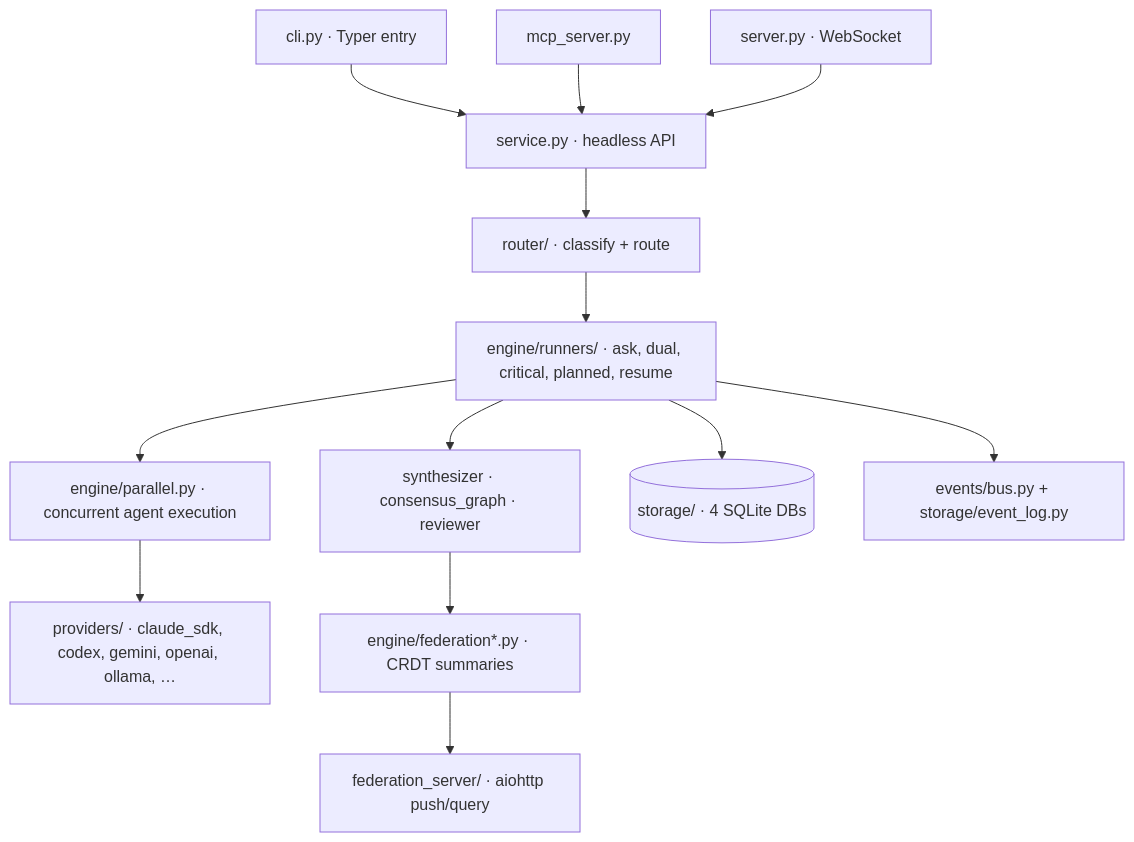
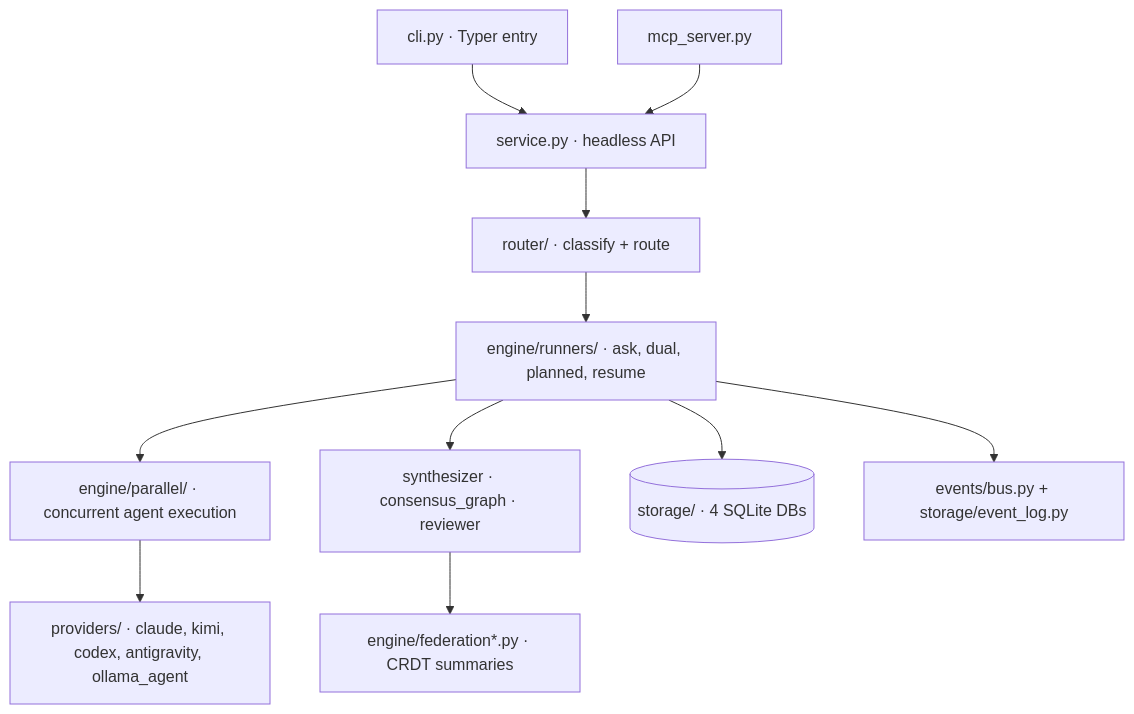
One commit to BeratCanDindarr/OrchestraSystem changed the diagram in docs/architecture.md. Above: the diagram before and after it, drawn with Mermaid. The commit also changed other lines of this file and 1 other file, not shown here.

Commit message:
docs: README and architecture describe the slimmed system

````diff
--- a/docs/architecture.md
+++ b/docs/architecture.md
@@ -16,15 +18,13 @@
 ```mermaid
 graph TD
     CLI[cli.py · Typer entry] --> SVC[service.py · headless API]
     MCP[mcp_server.py] --> SVC
-    WS[server.py · WebSocket] --> SVC
     SVC --> ROUTER[router/ · classify + route]
-    ROUTER --> RUN[engine/runners/ · ask, dual, critical, planned, resume]
-    RUN --> PAR[engine/parallel.py · concurrent agent execution]
-    PAR --> PROV[providers/ · claude_sdk, codex, gemini, openai, ollama, …]
+    ROUTER --> RUN[engine/runners/ · ask, dual, planned, resume]
+    RUN --> PAR[engine/parallel/ · concurrent agent execution]
+    PAR --> PROV[providers/ · claude, kimi, codex, antigravity, ollama_agent]
     RUN --> POST[synthesizer · consensus_graph · reviewer]
     RUN --> STORE[(storage/ · 4 SQLite DBs)]
     RUN --> EVT[events/bus.py + storage/event_log.py]
     POST --> FED[engine/federation*.py · CRDT summaries]
-    FED --> FEDSRV[federation_server/ · aiohttp push/query]
 ```
````
